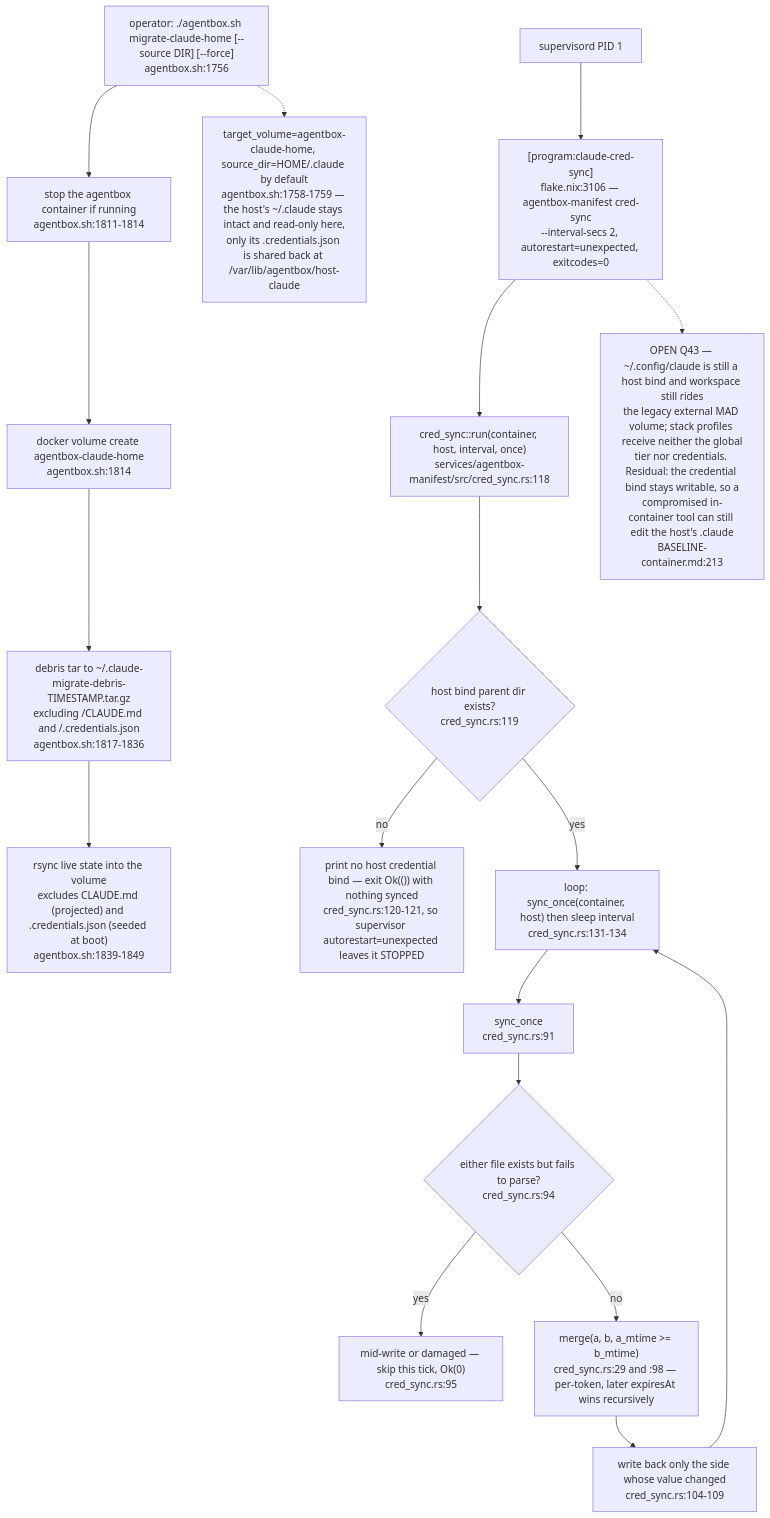
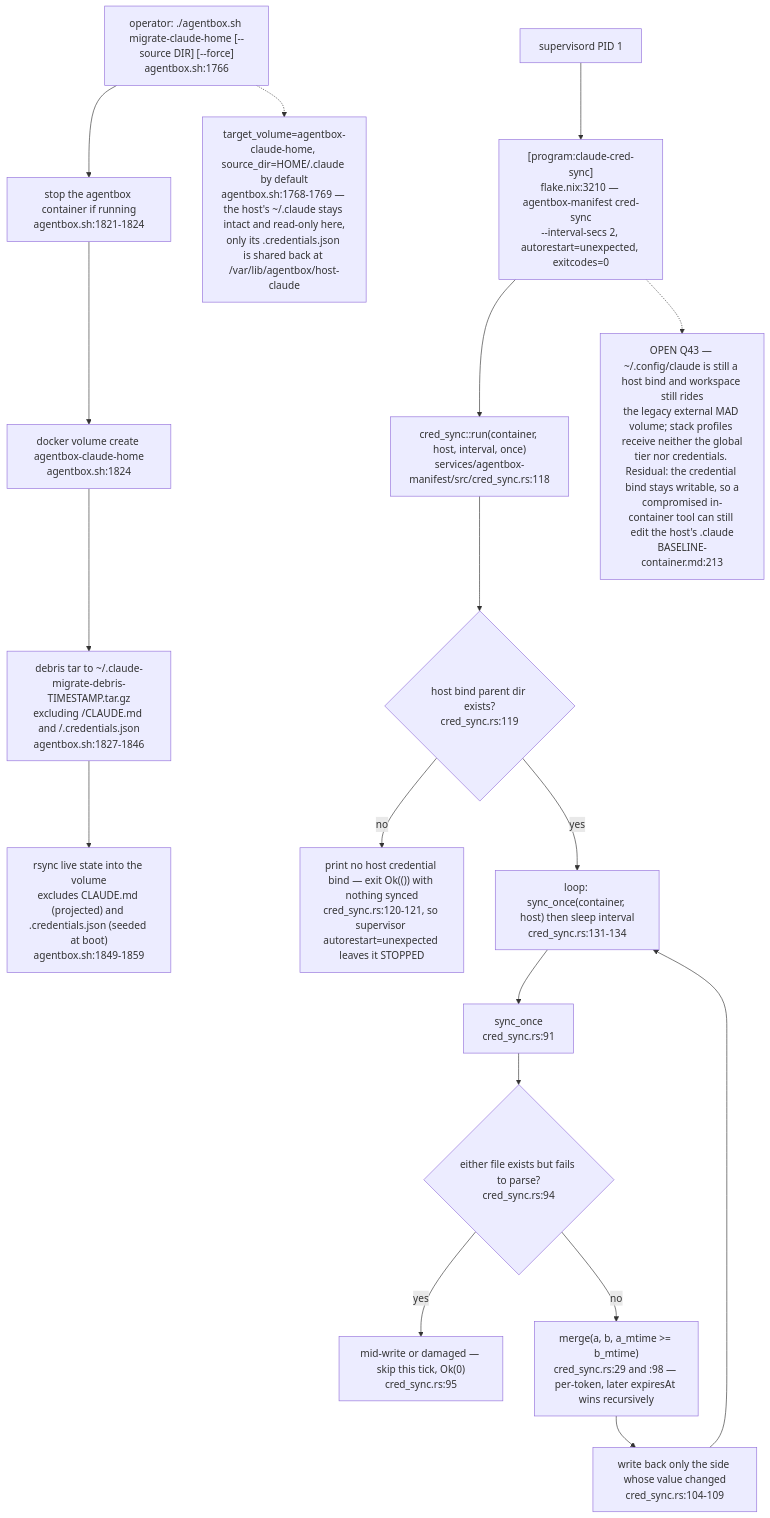
One commit to DreamLab-AI/VisionFlow changed diagram 11 of 11 in docs/diagrams/agentbox/07-daemons-reapers-cron-backups.md. Above: the diagram before and after it, drawn with Mermaid. The commit also changed other lines of this file and 80 other files, not shown here.

First line of the commit message:
docs(diagrams): re-verify the agentbox, dreamlab, estate and visionflow corpus against current sources

````diff
--- a/docs/diagrams/agentbox/07-daemons-reapers-cron-backups.md
+++ b/docs/diagrams/agentbox/07-daemons-reapers-cron-backups.md
@@ -395,22 +400,22 @@
 ```mermaid
 flowchart TD
-    MIG["operator: ./agentbox.sh migrate-claude-home [--source DIR] [--force]<br/>agentbox.sh:1756"] --> STOP["stop the agentbox container if running<br/>agentbox.sh:1811-1814"]
-    STOP --> VOL["docker volume create agentbox-claude-home<br/>agentbox.sh:1814"]
-    VOL --> DEB["debris tar to ~/.claude-migrate-debris-TIMESTAMP.tar.gz<br/>excluding /CLAUDE.md and /.credentials.json<br/>agentbox.sh:1817-1836"]
-    DEB --> RSYNC["rsync live state into the volume<br/>excludes CLAUDE.md (projected) and .credentials.json (seeded at boot)<br/>agentbox.sh:1839-1849"]
+    MIG["operator: ./agentbox.sh migrate-claude-home [--source DIR] [--force]<br/>agentbox.sh:1766"] --> STOP["stop the agentbox container if running<br/>agentbox.sh:1821-1824"]
+    STOP --> VOL["docker volume create agentbox-claude-home<br/>agentbox.sh:1824"]
+    VOL --> DEB["debris tar to ~/.claude-migrate-debris-TIMESTAMP.tar.gz<br/>excluding /CLAUDE.md and /.credentials.json<br/>agentbox.sh:1827-1846"]
+    DEB --> RSYNC["rsync live state into the volume<br/>excludes CLAUDE.md (projected) and .credentials.json (seeded at boot)<br/>agentbox.sh:1849-1859"]
 
-    SUP["supervisord PID 1"] --> CS["[program:claude-cred-sync]<br/>flake.nix:3106 — agentbox-manifest cred-sync<br/>--interval-secs 2, autorestart=unexpected, exitcodes=0"]
+    SUP["supervisord PID 1"] --> CS["[program:claude-cred-sync]<br/>flake.nix:3210 — agentbox-manifest cred-sync<br/>--interval-secs 2, autorestart=unexpected, exitcodes=0"]
     CS --> RUN["cred_sync::run(container, host, interval, once)<br/>services/agentbox-manifest/src/cred_sync.rs:118"]
     RUN --> GATE{"host bind parent dir exists?<br/>cred_sync.rs:119"}
     GATE -->|no| EXIT0["print no host credential bind — exit Ok(()) with nothing synced<br/>cred_sync.rs:120-121, so supervisor autorestart=unexpected leaves it STOPPED"]
     GATE -->|yes| LOOP["loop: sync_once(container, host) then sleep interval<br/>cred_sync.rs:131-134"]
     LOOP --> SO["sync_once<br/>cred_sync.rs:91"]
     SO --> TORN{"either file exists but fails to parse?<br/>cred_sync.rs:94"}
     TORN -->|yes| WAIT["mid-write or damaged — skip this tick, Ok(0)<br/>cred_sync.rs:95"]
     TORN -->|no| MERGE["merge(a, b, a_mtime >= b_mtime)<br/>cred_sync.rs:29 and :98 — per-token, later expiresAt wins recursively"]
     MERGE --> WRITE["write back only the side whose value changed<br/>cred_sync.rs:104-109"]
     WRITE --> LOOP
 
-    MIG -.-> NOTE1["target_volume=agentbox-claude-home, source_dir=HOME/.claude by default<br/>agentbox.sh:1758-1759 — the host's ~/.claude stays intact and read-only here,<br/>only its .credentials.json is shared back at /var/lib/agentbox/host-claude"]
+    MIG -.-> NOTE1["target_volume=agentbox-claude-home, source_dir=HOME/.claude by default<br/>agentbox.sh:1768-1769 — the host's ~/.claude stays intact and read-only here,<br/>only its .credentials.json is shared back at /var/lib/agentbox/host-claude"]
     CS -.-> Q43["OPEN Q43 — ~/.config/claude is still a host bind and workspace still rides<br/>the legacy external MAD volume; stack profiles receive neither the global<br/>tier nor credentials. Residual: the credential bind stays writable, so a<br/>compromised in-container tool can still edit the host's .claude<br/>BASELINE-container.md:213"]
 ```
````
